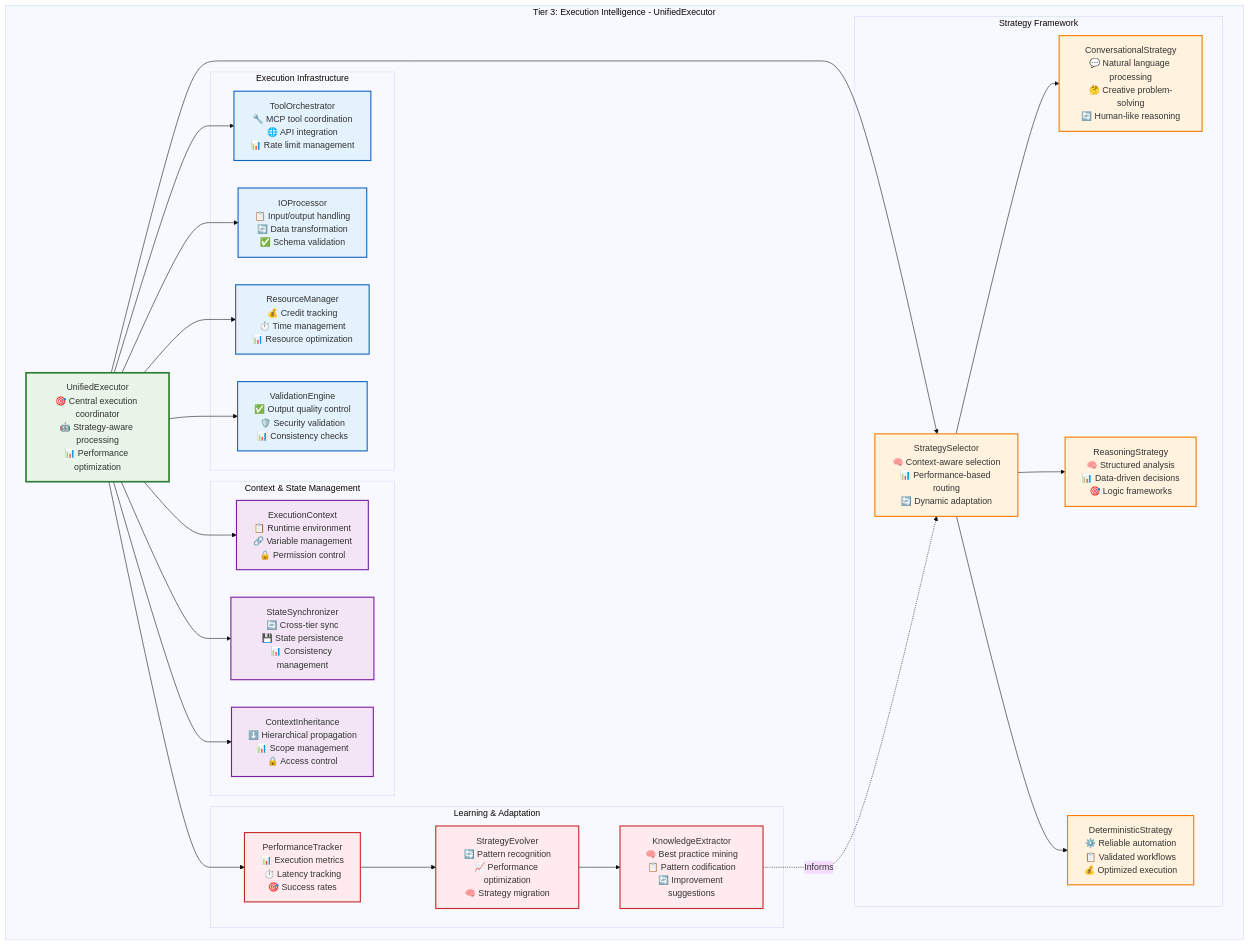
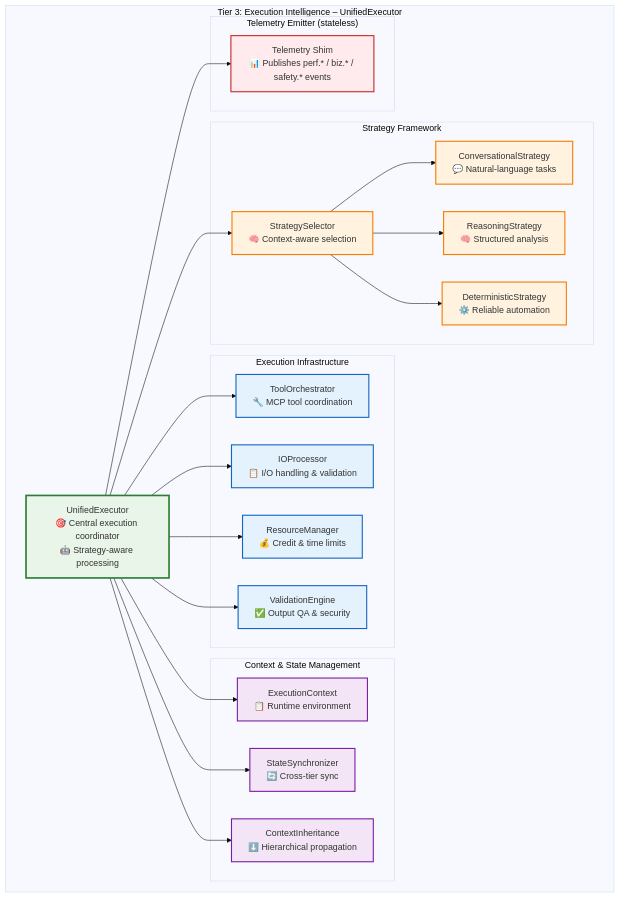
Diagram 20 of 50 in docs/ai-execution-architecture.md (Vrooli/Vrooli), drawn with Mermaid (base theme) before and after one commit. The commit also changed other lines of this file, not shown here.

Commit message:
Execution architecture p12

````diff
--- a/docs/ai-execution-architecture.md
+++ b/docs/ai-execution-architecture.md
@@ -1465,77 +1465,64 @@
 ```mermaid
 graph TB
-    subgraph "Tier 3: Execution Intelligence - UnifiedExecutor"
-        UnifiedExecutor[UnifiedExecutor<br/>🎯 Central execution coordinator<br/>🤖 Strategy-aware processing<br/>📊 Performance optimization]
-        
+    subgraph "Tier 3: Execution Intelligence – UnifiedExecutor"
+        UnifiedExecutor[UnifiedExecutor<br/>🎯 Central execution coordinator<br/>🤖 Strategy-aware processing]
+
+        %% ─────────── Strategy framework ───────────
         subgraph "Strategy Framework"
-            StrategySelector[StrategySelector<br/>🧠 Context-aware selection<br/>📊 Performance-based routing<br/>🔄 Dynamic adaptation]
-            
-            ConversationalStrategy[ConversationalStrategy<br/>💬 Natural language processing<br/>🤔 Creative problem-solving<br/>🔄 Human-like reasoning]
-            
-            ReasoningStrategy[ReasoningStrategy<br/>🧠 Structured analysis<br/>📊 Data-driven decisions<br/>🎯 Logic frameworks]
-            
-            DeterministicStrategy[DeterministicStrategy<br/>⚙️ Reliable automation<br/>📋 Validated workflows<br/>💰 Optimized execution]
+            StrategySelector[StrategySelector<br/>🧠 Context-aware selection]
+            ConversationalStrategy[ConversationalStrategy<br/>💬 Natural-language tasks]
+            ReasoningStrategy[ReasoningStrategy<br/>🧠 Structured analysis]
+            DeterministicStrategy[DeterministicStrategy<br/>⚙️ Reliable automation]
         end
-        
+
+        %% ─────────── Execution infra ───────────
         subgraph "Execution Infrastructure"
-            ToolOrchestrator[ToolOrchestrator<br/>🔧 MCP tool coordination<br/>🌐 API integration<br/>📊 Rate limit management]
-            
-            IOProcessor[IOProcessor<br/>📋 Input/output handling<br/>🔄 Data transformation<br/>✅ Schema validation]
-            
-            ResourceManager[ResourceManager<br/>💰 Credit tracking<br/>⏱️ Time management<br/>📊 Resource optimization]
-            
-            ValidationEngine[ValidationEngine<br/>✅ Output quality control<br/>🛡️ Security validation<br/>📊 Consistency checks]
+            ToolOrchestrator[ToolOrchestrator<br/>🔧 MCP tool coordination]
+            IOProcessor[IOProcessor<br/>📋 I/O handling & validation]
+            ResourceManager[ResourceManager<br/>💰 Credit & time limits]
+            ValidationEngine[ValidationEngine<br/>✅ Output QA & security]
         end
-        
+
+        %% ─────────── Context & state ───────────
         subgraph "Context & State Management"
-            ExecutionContext[ExecutionContext<br/>📋 Runtime environment<br/>🔗 Variable management<br/>🔒 Permission control]
-            
-            StateSynchronizer[StateSynchronizer<br/>🔄 Cross-tier sync<br/>💾 State persistence<br/>📊 Consistency management]
-            
-            ContextInheritance[ContextInheritance<br/>⬇️ Hierarchical propagation<br/>📊 Scope management<br/>🔒 Access control]
+            ExecutionContext[ExecutionContext<br/>📋 Runtime environment]
+            StateSynchronizer[StateSynchronizer<br/>🔄 Cross-tier sync]
+            ContextInheritance[ContextInheritance<br/>⬇️ Hierarchical propagation]
         end
-        
-        subgraph "Learning & Adaptation"
-            PerformanceTracker[PerformanceTracker<br/>📊 Execution metrics<br/>⏱️ Latency tracking<br/>🎯 Success rates]
-            
-            StrategyEvolver[StrategyEvolver<br/>🔄 Pattern recognition<br/>📈 Performance optimization<br/>🧠 Strategy migration]
-            
-            KnowledgeExtractor[KnowledgeExtractor<br/>🧠 Best practice mining<br/>📋 Pattern codification<br/>🔄 Improvement suggestions]
+
+        %% ─────────── Telemetry only (no learning here) ───────────
+        subgraph "Telemetry Emitter (stateless)"
+            TelemetryShim[Telemetry Shim<br/>📊 Publishes perf.* / biz.* / safety.* events]
         end
     end
-    
-    %% Core execution flow
+
+    %% Core flow
     UnifiedExecutor --> StrategySelector
     StrategySelector --> ConversationalStrategy
     StrategySelector --> ReasoningStrategy
     StrategySelector --> DeterministicStrategy
-    
-    %% Infrastructure integration
+
     UnifiedExecutor --> ToolOrchestrator
     UnifiedExecutor --> IOProcessor
     UnifiedExecutor --> ResourceManager
     UnifiedExecutor --> ValidationEngine
-    
-    %% Context management
+
     UnifiedExecutor --> ExecutionContext
     UnifiedExecutor --> StateSynchronizer
     UnifiedExecutor --> ContextInheritance
-    
-    %% Learning loop
-    UnifiedExecutor --> PerformanceTracker
-    PerformanceTracker --> StrategyEvolver
-    StrategyEvolver --> KnowledgeExtractor
-    KnowledgeExtractor -.->|"Informs"| StrategySelector
-    
+
+    %% Telemetry
+    UnifiedExecutor --> TelemetryShim
+
     classDef executor fill:#e8f5e8,stroke:#2e7d32,stroke-width:3px
     classDef strategy fill:#fff3e0,stroke:#f57c00,stroke-width:2px
-    classDef infrastructure fill:#e3f2fd,stroke:#1565c0,stroke-width:2px
+    classDef infra fill:#e3f2fd,stroke:#1565c0,stroke-width:2px
     classDef context fill:#f3e5f5,stroke:#7b1fa2,stroke-width:2px
-    classDef learning fill:#ffebee,stroke:#c62828,stroke-width:2px
-    
+    classDef telem fill:#ffebee,stroke:#c62828,stroke-width:2px
+
     class UnifiedExecutor executor
     class StrategySelector,ConversationalStrategy,ReasoningStrategy,DeterministicStrategy strategy
-    class ToolOrchestrator,IOProcessor,ResourceManager,ValidationEngine infrastructure
+    class ToolOrchestrator,IOProcessor,ResourceManager,ValidationEngine infra
     class ExecutionContext,StateSynchronizer,ContextInheritance context
-    class PerformanceTracker,StrategyEvolver,KnowledgeExtractor learning
+    class TelemetryShim telem
 ```
````
